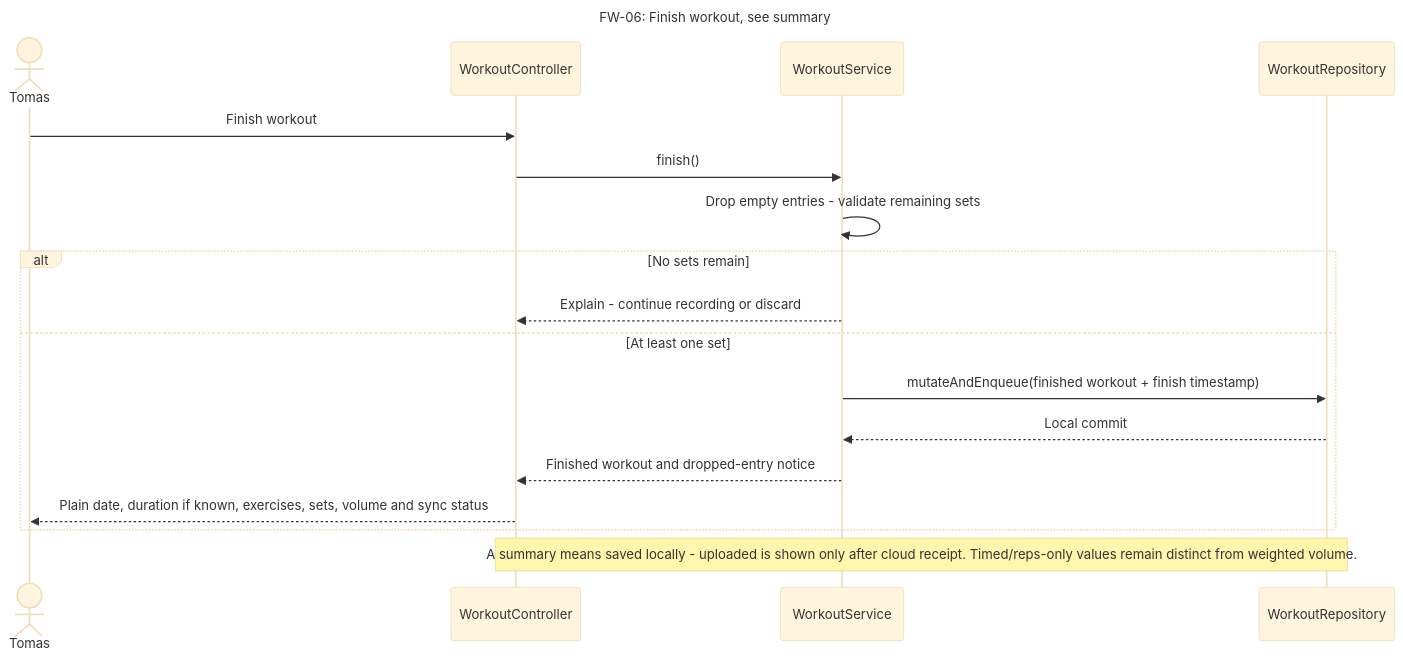
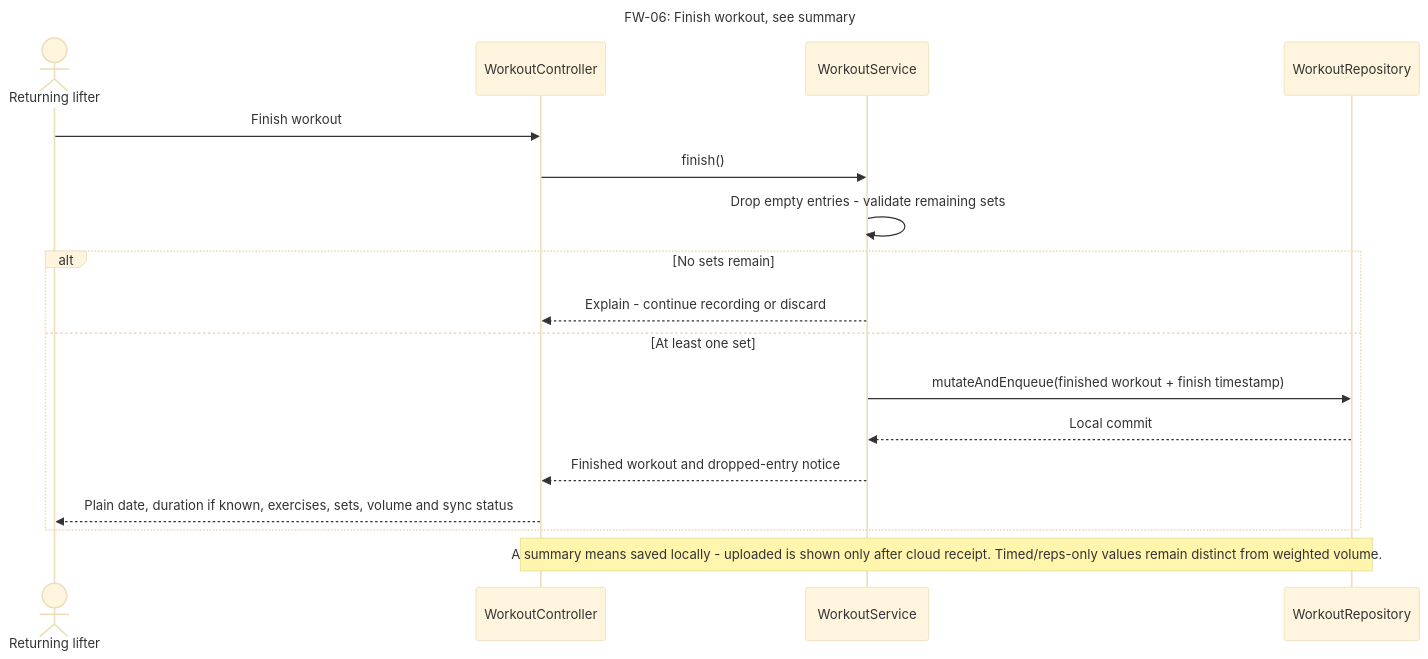
One commit to SebasLopez2005/SWEProject1 changed diagram 17 of 42 in docs/part2/design/README.md. Above: the diagram before and after it, drawn with Mermaid (base theme). The commit also changed other lines of this file and 43 other files, not shown here.

Commit message:
Align fitness diagrams with revised professor-reviewed report

````diff
--- a/docs/part2/design/README.md
+++ b/docs/part2/design/README.md
@@ -1112,20 +1114,20 @@
 ```mermaid
 sequenceDiagram
     title FW-06: Finish workout, see summary
-    actor U as Tomas
+    actor U as Returning lifter
     participant C as WorkoutController
     participant S as WorkoutService
     participant R as WorkoutRepository
     U->>C: Finish workout
     C->>S: finish()
     S->>S: Drop empty entries -  validate remaining sets
     alt No sets remain
      S-->>C: Explain -  continue recording or discard
     else At least one set
      S->>R: mutateAndEnqueue(finished workout + finish timestamp)
      R-->>S: Local commit
      S-->>C: Finished workout and dropped-entry notice
      C-->>U: Plain date, duration if known, exercises, sets, volume and sync status
     end
     Note over C,R: A summary means saved locally -  uploaded is shown only after cloud receipt. Timed/reps-only values remain distinct from weighted volume.
 ```
````
